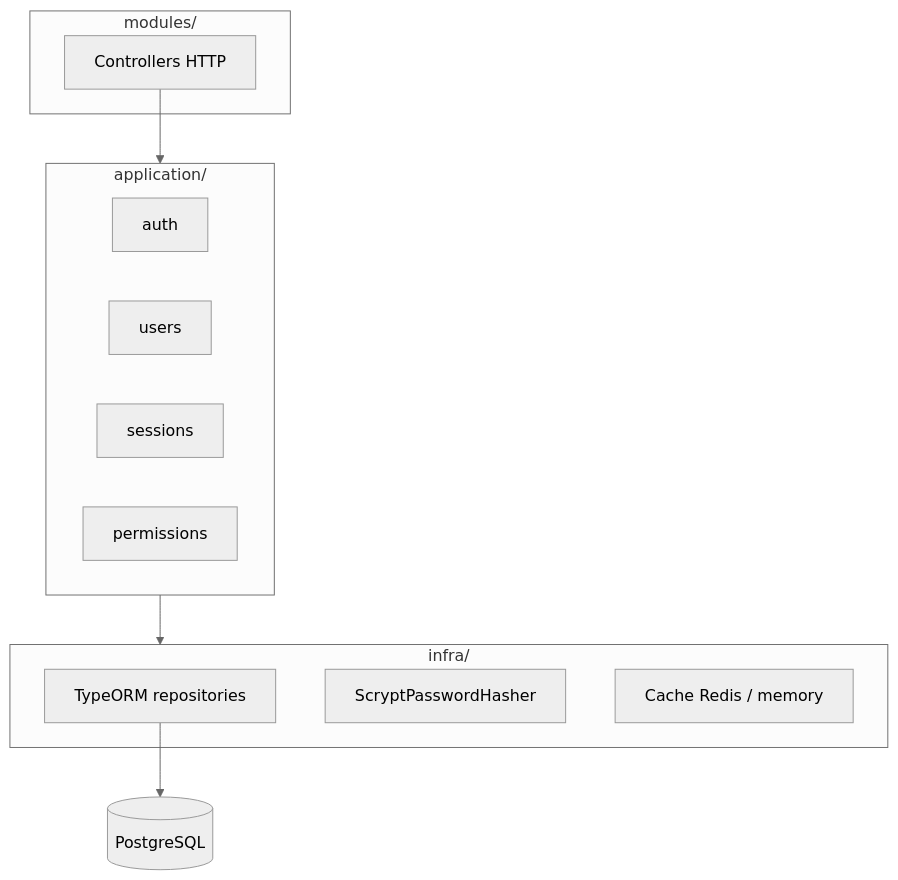
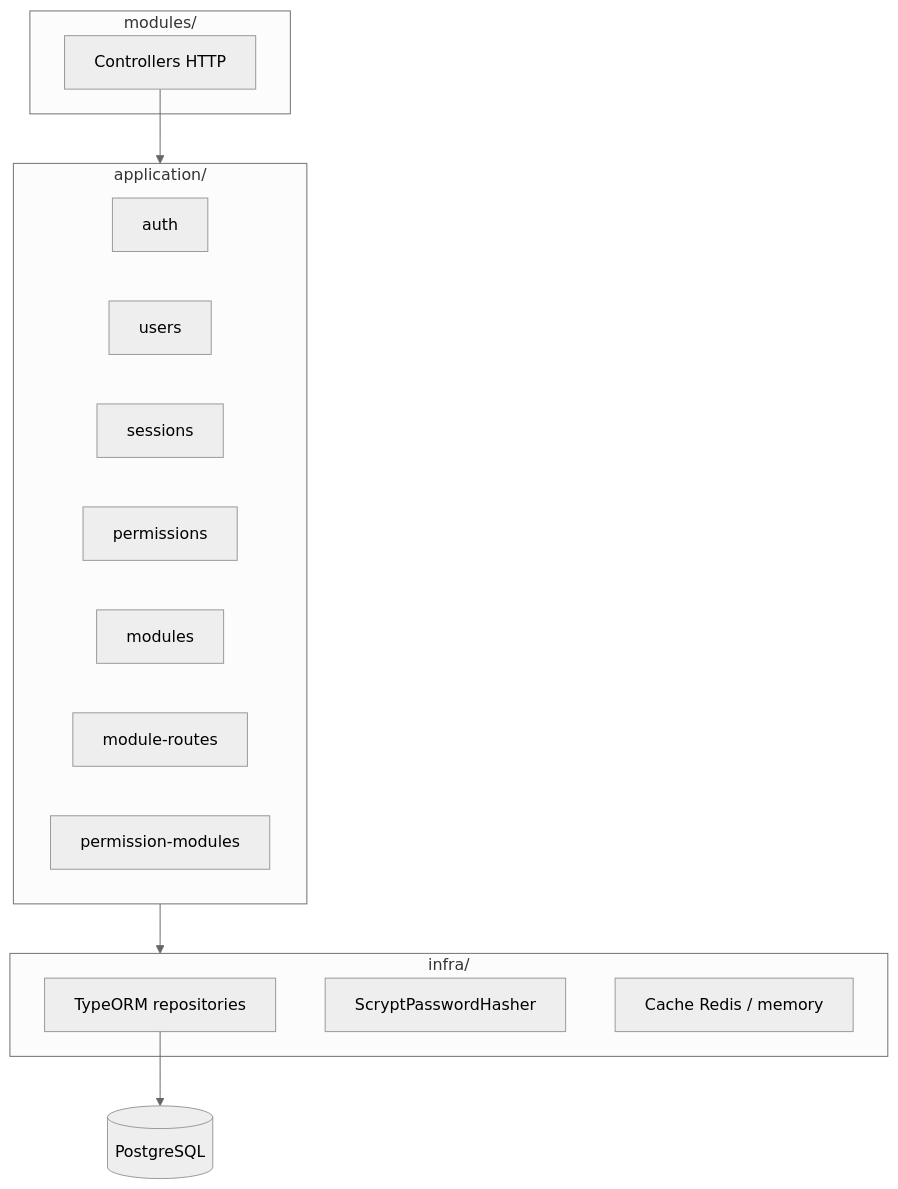
Before and after one commit to GustavoSF643/todo-list.api: the third of 4 diagrams in docs/diagrams/architecture.md, drawn with Mermaid (neutral theme). The commit also changed other lines of this file and 3 other files, not shown here.

First line of the commit message:
docs: update README and diagrams to include module and permission-module details

````diff
--- a/docs/diagrams/architecture.md
+++ b/docs/diagrams/architecture.md
@@ -48,23 +55,26 @@
 ```mermaid
 flowchart TB
   subgraph modules [modules/]
     Controllers[Controllers HTTP]
   end
 
   subgraph application [application/]
     AuthCtx[auth]
     UsersCtx[users]
     SessionsCtx[sessions]
     PermissionsCtx[permissions]
+    ModulesCtx[modules]
+    ModuleRoutesCtx[module-routes]
+    PermissionModulesCtx[permission-modules]
   end
 
   subgraph infra [infra/]
     Repos[TypeORM repositories]
     Hasher[ScryptPasswordHasher]
     Cache[Cache Redis / memory]
   end
 
   Controllers --> application
   application --> infra
   Repos --> DB[(PostgreSQL)]
 ```
````
